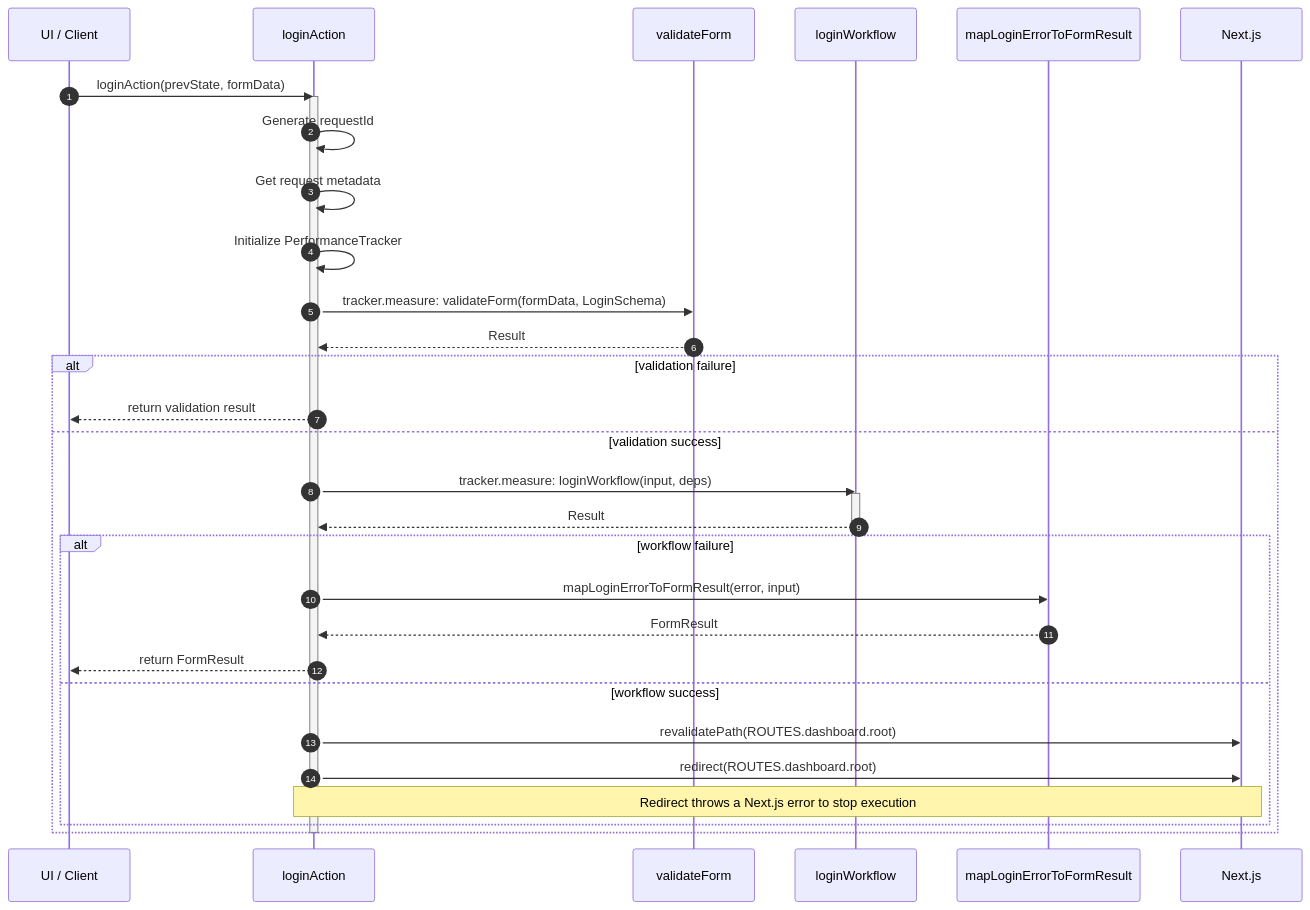
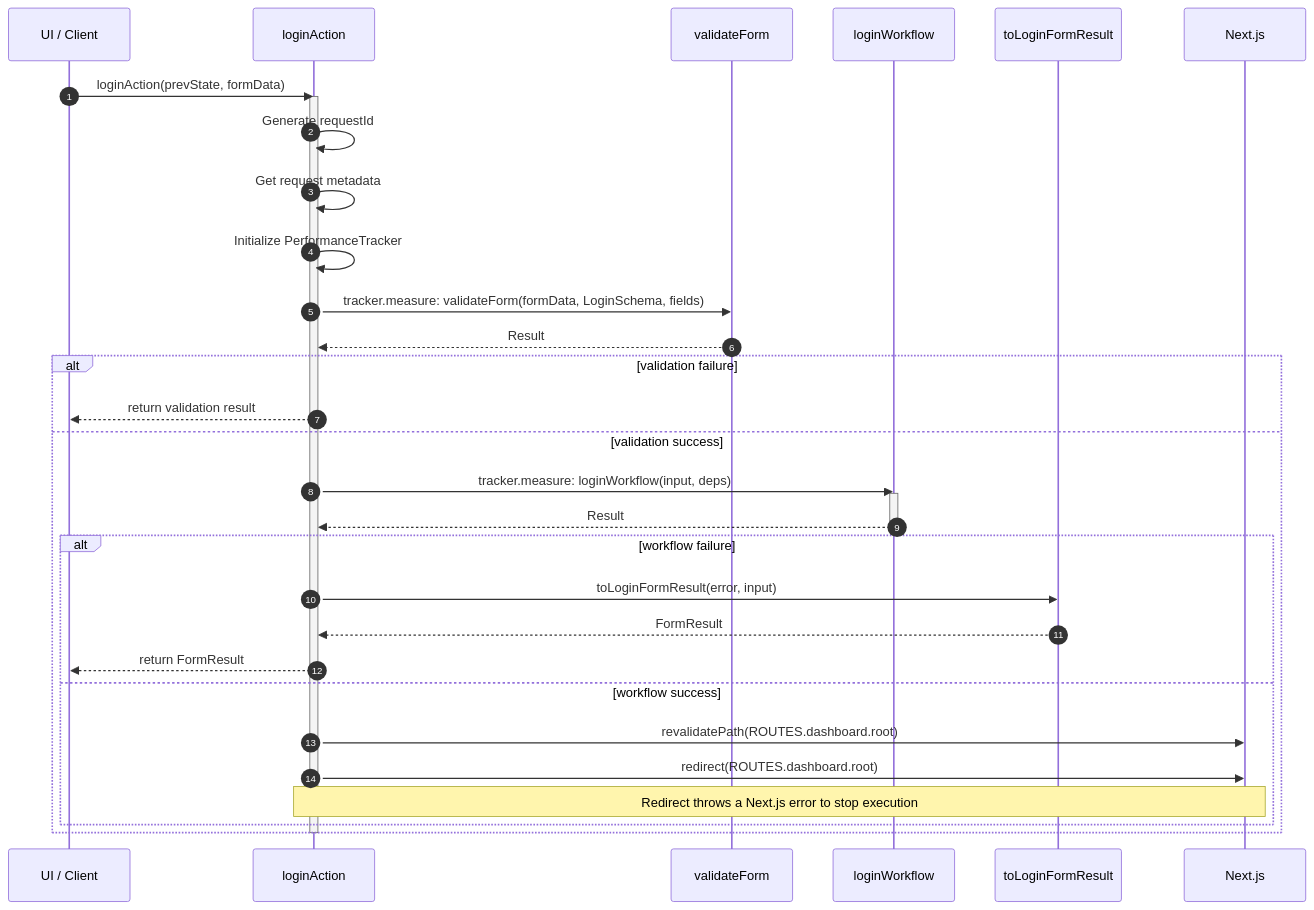
The first of 6 diagrams in src/modules/auth/notes/sequence-diagrams.md (andrewpetersondev/nextjs-dashboard), drawn with Mermaid before and after one commit. The commit also changed other lines of this file and 31 other files, not shown here.

````diff
--- a/src/modules/auth/notes/sequence-diagrams.md
+++ b/src/modules/auth/notes/sequence-diagrams.md
@@ -9,42 +9,42 @@
 ```mermaid
 sequenceDiagram
   autonumber
 
   participant UI as UI / Client
   participant ACT as loginAction
   participant VAL as validateForm
   participant WF as loginWorkflow
-  participant MAP as mapLoginErrorToFormResult
+  participant MAP as toLoginFormResult
   participant NX as Next.js
 
   UI->>ACT: loginAction(prevState, formData)
   activate ACT
 
   ACT->>ACT: Generate requestId
   ACT->>ACT: Get request metadata
   ACT->>ACT: Initialize PerformanceTracker
 
-  ACT->>VAL: tracker.measure: validateForm(formData, LoginSchema)
+  ACT->>VAL: tracker.measure: validateForm(formData, LoginSchema, fields)
   VAL-->>ACT: Result
 
   alt validation failure
     ACT-->>UI: return validation result
   else validation success
     ACT->>WF: tracker.measure: loginWorkflow(input, deps)
     activate WF
     WF-->>ACT: Result
     deactivate WF
 
     alt workflow failure
-      ACT->>MAP: mapLoginErrorToFormResult(error, input)
+      ACT->>MAP: toLoginFormResult(error, input)
       MAP-->>ACT: FormResult
       ACT-->>UI: return FormResult
     else workflow success
       ACT->>NX: revalidatePath(ROUTES.dashboard.root)
       ACT->>NX: redirect(ROUTES.dashboard.root)
       note over ACT, NX: Redirect throws a Next.js error to stop execution
     end
   end
 
   deactivate ACT
 ```
````
